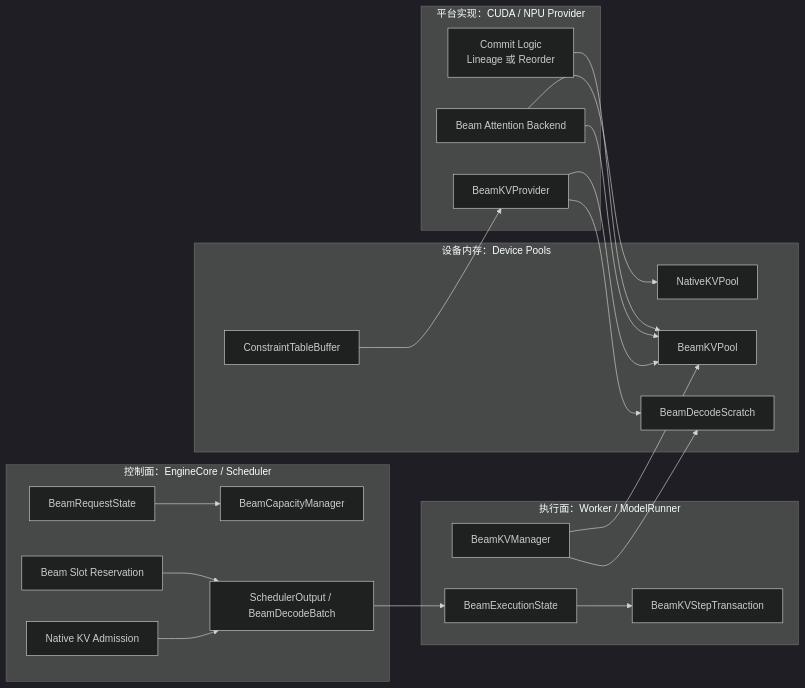
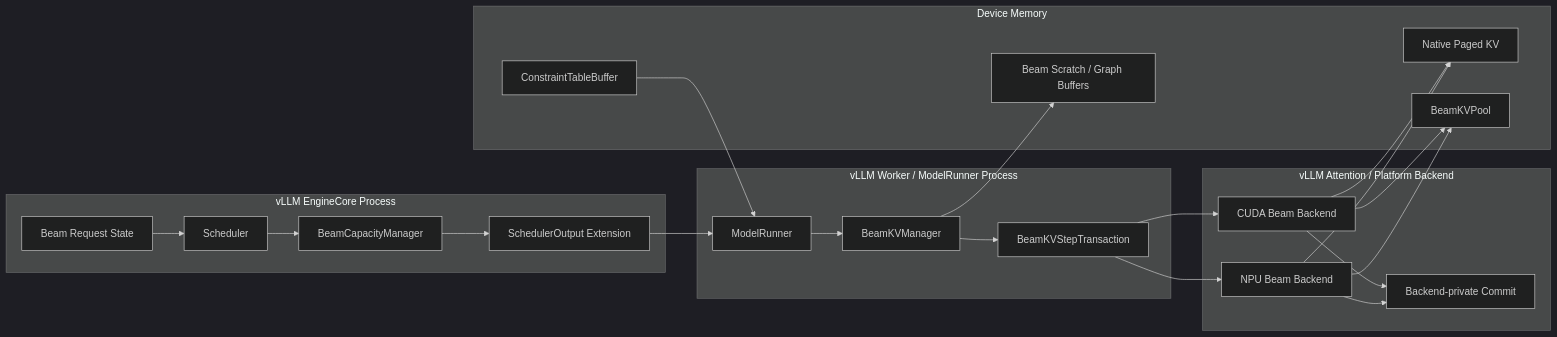
One commit to zhanghanleo10/gr-related changed the second of 13 diagrams in GR/beam_incremental_decode_unified_architecture_design.md. Above: the diagram before and after it, drawn with Mermaid (dark theme). The commit also changed other lines of this file, not shown here.

Commit message:
docs: make Beam incremental decode architecture vLLM-first

````diff
--- a/GR/beam_incremental_decode_unified_architecture_design.md
+++ b/GR/beam_incremental_decode_unified_architecture_design.md
@@ -252,43 +165,42 @@
 ```mermaid
 flowchart LR
-    subgraph CONTROL["控制面：EngineCore / Scheduler"]
-        RS["BeamRequestState"]
-        CM["BeamCapacityManager"]
-        NB["Native KV Admission"]
-        BB["Beam Slot Reservation"]
-        SO["SchedulerOutput / BeamDecodeBatch"]
+    subgraph ENGINE["vLLM EngineCore Process"]
+        REQ["Beam Request State"]
+        SCH["Scheduler"]
+        BCM["BeamCapacityManager"]
+        SO["SchedulerOutput Extension"]
+        REQ --> SCH --> BCM --> SO
     end
 
-    subgraph EXEC["执行面：Worker / ModelRunner"]
-        KM["BeamKVManager"]
+    subgraph WORKER["vLLM Worker / ModelRunner Process"]
+        MR["ModelRunner"]
+        BKM["BeamKVManager"]
         TX["BeamKVStepTransaction"]
-        ST["BeamExecutionState"]
+        MR --> BKM --> TX
     end
 
-    subgraph PLATFORM["平台实现：CUDA / NPU Provider"]
-        PV["BeamKVProvider"]
-        AT["Beam Attention Backend"]
-        CP["Commit Logic<br/>Lineage 或 Reorder"]
+    subgraph BACKEND["vLLM Attention / Platform Backend"]
+        CUD["CUDA Beam Backend"]
+        NPU["NPU Beam Backend"]
+        COM["Backend-private Commit"]
     end
 
-    subgraph MEMORY["设备内存：Device Pools"]
-        NK["NativeKVPool"]
-        BK["BeamKVPool"]
-        WS["BeamDecodeScratch"]
+    subgraph DEVICE["Device Memory"]
+        NKV["Native Paged KV"]
+        BKV["BeamKVPool"]
+        WS["Beam Scratch / Graph Buffers"]
         CT["ConstraintTableBuffer"]
     end
 
-    RS --> CM
-    NB --> SO
-    BB --> SO
-    SO --> ST
-    ST --> TX
-    KM --> BK
-    KM --> WS
-    PV --> BK
-    PV --> WS
-    AT --> NK
-    AT --> BK
-    CP --> BK
-    CT --> PV
+    SO --> MR
+    TX --> CUD
+    TX --> NPU
+    CUD --> NKV
+    CUD --> BKV
+    NPU --> NKV
+    NPU --> BKV
+    CUD --> COM
+    NPU --> COM
+    BKM --> WS
+    CT --> MR
 ```
````
